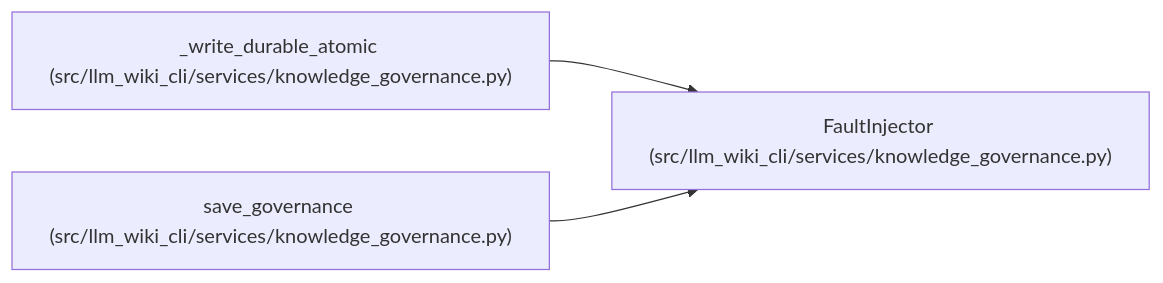
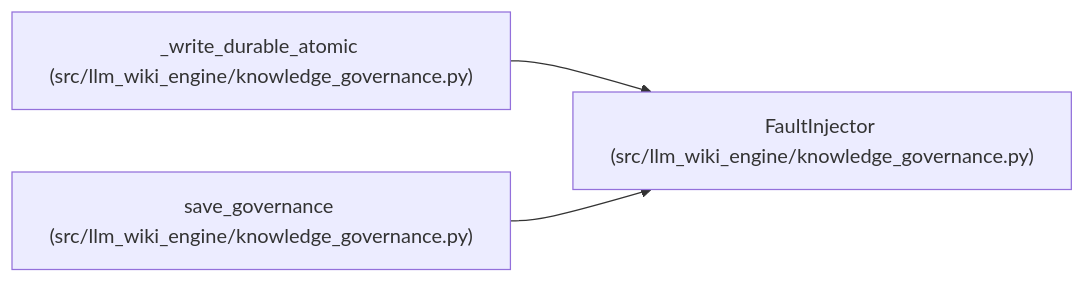
One commit to Denissvgn/python-wiki-llm changed the diagram in docs/llm_wiki/entities/FaultInjector.md. Above: the diagram before and after it, drawn with Mermaid. The commit also changed other lines of this file and 1058 other files, not shown here.

First line of the commit message:
docs: refresh the wiki for the knowledge store move

````diff
--- a/docs/llm_wiki/entities/FaultInjector.md
+++ b/docs/llm_wiki/entities/FaultInjector.md
@@ -24,11 +24,11 @@
 ```mermaid
 flowchart LR
-    n0["FaultInjector (src/llm_wiki_cli/services/knowledge_governance.py)"]
-    n1["_write_durable_atomic (src/llm_wiki_cli/services/knowledge_governance.py)"]
-    n2["save_governance (src/llm_wiki_cli/services/knowledge_governance.py)"]
+    n0["FaultInjector (src/llm_wiki_engine/knowledge_governance.py)"]
+    n1["_write_durable_atomic (src/llm_wiki_engine/knowledge_governance.py)"]
+    n2["save_governance (src/llm_wiki_engine/knowledge_governance.py)"]
     n1 --> n0
     n2 --> n0
     click n0 "../modules/knowledge_governance.md"
     click n1 "../modules/knowledge_governance.md"
     click n2 "../modules/knowledge_governance.md"
 ```
````
